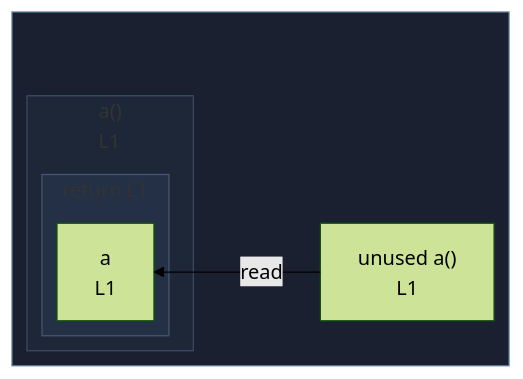
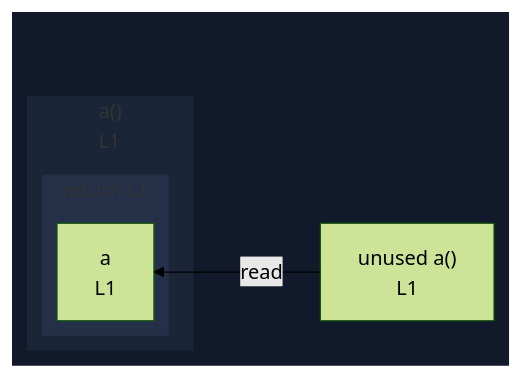
The diagram in integration/fixtures/function/arrow/self-recursive-only/preview.md (crescware/unsnarl), drawn with Mermaid (forest theme) before and after one commit. The commit also changed 263 other files, not shown here.

First line of the commit message:
Drop fnWrap class and color function wrappers via the nest palette

````diff
--- a/integration/fixtures/function/arrow/self-recursive-only/preview.md
+++ b/integration/fixtures/function/arrow/self-recursive-only/preview.md
@@ -11,22 +11,22 @@
 ```mermaid
 %%{init: {"flowchart": {"defaultRenderer": "elk"}}}%%
 flowchart RL
   subgraph wrap_s_scope_1[" "]
     direction TB
     n_scope_0_a_6["unused a()<br/>L1"]
     subgraph s_scope_1["a()<br/>L1"]
       direction RL
       subgraph s_return_scope_0_a_6_16_17["return L1"]
         direction RL
         ret_use_ref_1["a<br/>L1"]
       end
     end
   end
   n_scope_0_a_6 -->|read| ret_use_ref_1
-  classDef fnWrap fill:#1a2030,stroke:#5a7d99;
-  class wrap_s_scope_1 fnWrap;
-  classDef nestL1 fill:#1e2738,stroke:#3d4a63;
-  class s_scope_1 nestL1;
-  classDef nestL2 fill:#233045,stroke:#475670;
-  class s_return_scope_0_a_6_16_17 nestL2;
+  classDef nestL1 fill:#11192a,stroke:transparent;
+  class wrap_s_scope_1 nestL1;
+  classDef nestL2 fill:#1a2538,stroke:transparent;
+  class s_scope_1 nestL2;
+  classDef nestL3 fill:#243047,stroke:transparent;
+  class s_return_scope_0_a_6_16_17 nestL3;
 ```
````
